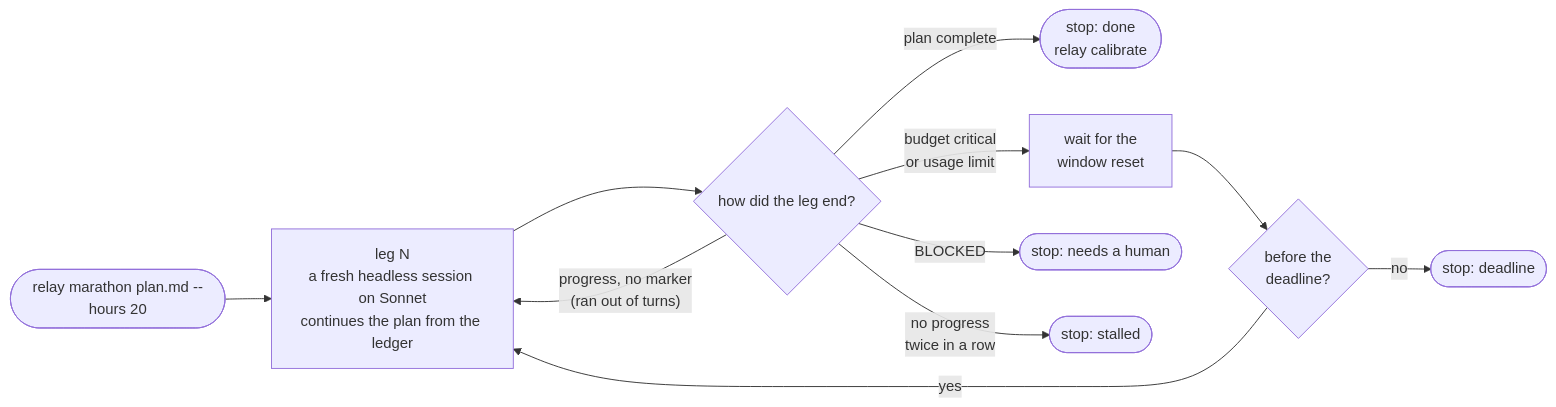
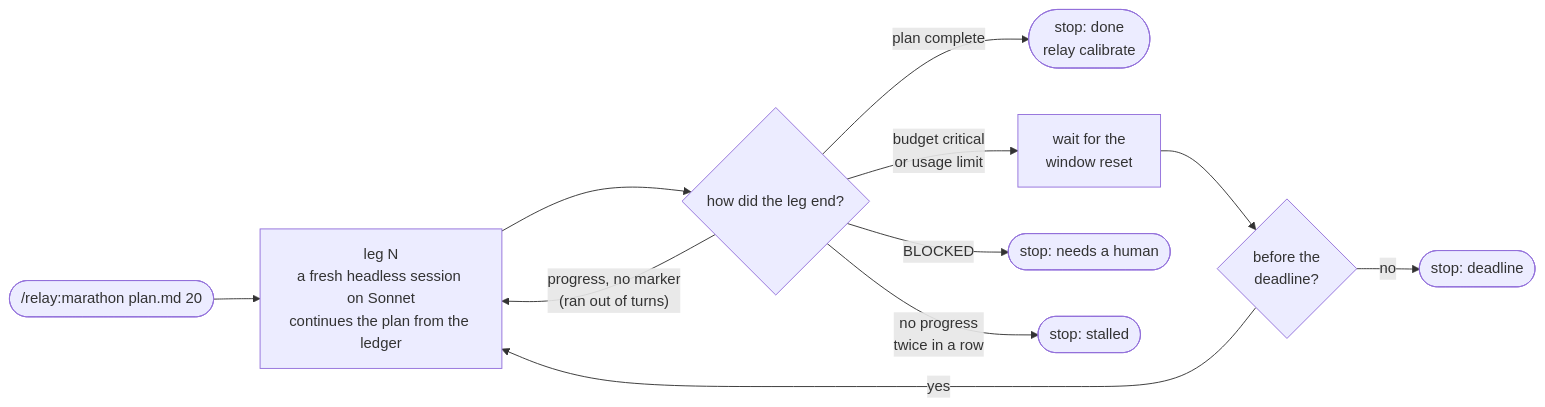
One commit to cube-digital/relay changed diagram 14 of 14 in README.md. Above: the diagram before and after it, drawn with Mermaid. The commit also changed other lines of this file and 14 other files, not shown here.

Commit message:
/relay: commands in Claude Code; marathon status and stop; v0.1.1

````diff
--- a/README.md
+++ b/README.md
@@ -427,13 +427,13 @@
 ```mermaid
 flowchart LR
-    start(["relay marathon plan.md --hours 20"]) --> leg["leg N<br/>a fresh headless session on Sonnet<br/>continues the plan from the ledger"]
+    start(["/relay:marathon plan.md 20"]) --> leg["leg N<br/>a fresh headless session on Sonnet<br/>continues the plan from the ledger"]
     leg --> q{"how did the leg end?"}
     q -- "plan complete" --> done(["stop: done<br/>relay calibrate"])
     q -- "budget critical<br/>or usage limit" --> wait["wait for the<br/>window reset"]
     wait --> deadline{"before the<br/>deadline?"}
     deadline -- yes --> leg
     deadline -- no --> stop1(["stop: deadline"])
     q -- "progress, no marker<br/>(ran out of turns)" --> leg
     q -- "BLOCKED" --> stop2(["stop: needs a human"])
     q -- "no progress<br/>twice in a row" --> stop3(["stop: stalled"])
 ```
````
